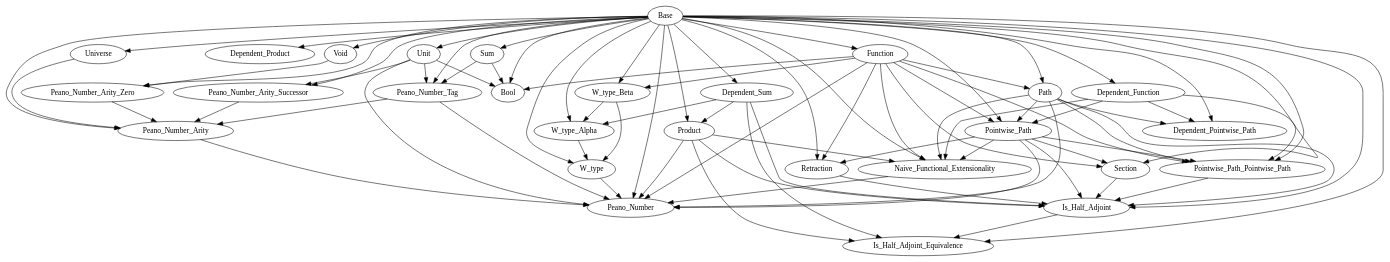
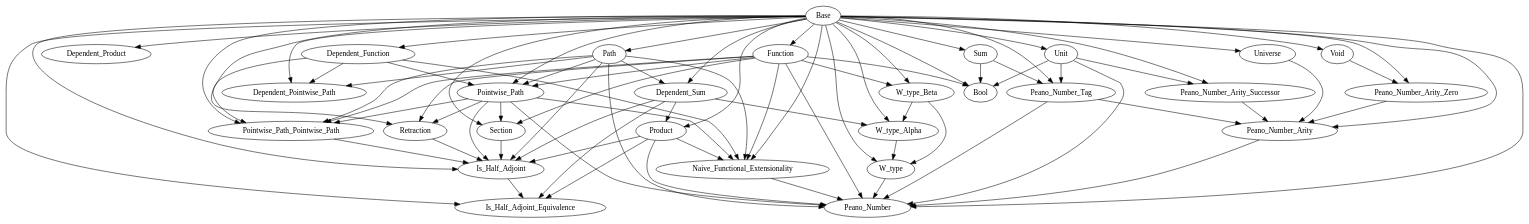
Before and after one commit to Hexirp/googology-in-coq: the diagram in libraries/dependencies.gv, drawn with Graphviz. The commit also changed 2 other files, not shown here.

Commit message:
Update: Path を基本に置く
matching の identity に Path 型が必要になるため。

```diff
--- a/libraries/dependencies.gv
+++ b/libraries/dependencies.gv
@@ -1,112 +1,112 @@
 digraph Dependencies {
   # Base
   # Dependent_Function
   "Base" -> "Dependent_Function";
   # Function
   "Base" -> "Function";
   # Dependent_Product
   "Base" -> "Dependent_Product";
+  # Path
+  "Base" -> "Path";
   # Dependent_Sum
   "Base" -> "Dependent_Sum";
+  "Path" -> "Dependent_Sum";
   # Product
   "Base" -> "Product";
   "Dependent_Sum" -> "Product";
   # Sum
   "Base" -> "Sum";
   # Unit
   "Base" -> "Unit";
   # Void
   "Base" -> "Void";
   # W_type_Beta
   "Base" -> "W_type_Beta";
   "Function" -> "W_type_Beta";
   # W_type_Alpha
   "Base" -> "W_type_Alpha";
   "Dependent_Sum" -> "W_type_Alpha";
   "W_type_Beta" -> "W_type_Alpha";
   # W_type
   "Base" -> "W_type";
   "W_type_Alpha" -> "W_type";
   "W_type_Beta" -> "W_type";
   # Universe
   "Base" -> "Universe";
-  # Path
-  "Base" -> "Path";
-  "Function" -> "Path";
   # Dependent_Pointwise_Path
   "Base" -> "Dependent_Pointwise_Path";
   "Dependent_Function" -> "Dependent_Pointwise_Path";
   "Path" -> "Dependent_Pointwise_Path";
   # Pointwise_Path
   "Base" -> "Pointwise_Path";
   "Dependent_Function" -> "Pointwise_Path";
   "Function" -> "Pointwise_Path";
   "Path" -> "Pointwise_Path";
   # Pointwise_Path_Pointwise_Path
   "Base" -> "Pointwise_Path_Pointwise_Path";
   "Dependent_Function" -> "Pointwise_Path_Pointwise_Path";
   "Function" -> "Pointwise_Path_Pointwise_Path";
   "Path" -> "Pointwise_Path_Pointwise_Path";
   "Pointwise_Path" -> "Pointwise_Path_Pointwise_Path";
   # Section
   "Base" -> "Section";
   "Function" -> "Section";
   "Pointwise_Path" -> "Section";
   # Retraction
   "Base" -> "Retraction";
   "Function" -> "Retraction";
   "Pointwise_Path" -> "Retraction";
   # Is_Half_Adjoint
   "Base" -> "Is_Half_Adjoint";
   "Dependent_Sum" -> "Is_Half_Adjoint";
   "Product" -> "Is_Half_Adjoint";
   "Path" -> "Is_Half_Adjoint";
   "Pointwise_Path" -> "Is_Half_Adjoint";
   "Pointwise_Path_Pointwise_Path" -> "Is_Half_Adjoint";
   "Section" -> "Is_Half_Adjoint";
   "Retraction" -> "Is_Half_Adjoint";
   # Is_Half_Adjoint_Equivalence
   "Base" -> "Is_Half_Adjoint_Equivalence";
   "Dependent_Sum" -> "Is_Half_Adjoint_Equivalence";
   "Product" -> "Is_Half_Adjoint_Equivalence";
   "Is_Half_Adjoint" -> "Is_Half_Adjoint_Equivalence";
   # Naive_Functional_Extensionality
   "Base" -> "Naive_Functional_Extensionality";
   "Dependent_Function" -> "Naive_Functional_Extensionality";
   "Function" -> "Naive_Functional_Extensionality";
   "Product" -> "Naive_Functional_Extensionality";
   "Path" -> "Naive_Functional_Extensionality";
   "Pointwise_Path" -> "Naive_Functional_Extensionality";
   # Bool
   "Base" -> "Bool";
   "Function" -> "Bool";
   "Sum" -> "Bool";
   "Unit" -> "Bool";
   # Peano_Number_Tag
   "Base" -> "Peano_Number_Tag";
   "Sum" -> "Peano_Number_Tag";
   "Unit" -> "Peano_Number_Tag";
   # Peano_Number_Arity_Zero
   "Base" -> "Peano_Number_Arity_Zero";
   "Void" -> "Peano_Number_Arity_Zero";
   # Peano_Number_Arity_Successor
   "Base" -> "Peano_Number_Arity_Successor";
   "Unit" -> "Peano_Number_Arity_Successor";
   # Peano_Number_Arity
   "Base" -> "Peano_Number_Arity";
   "Universe" -> "Peano_Number_Arity";
   "Peano_Number_Tag" -> "Peano_Number_Arity";
   "Peano_Number_Arity_Zero" -> "Peano_Number_Arity";
   "Peano_Number_Arity_Successor" -> "Peano_Number_Arity";
   # Peano_Number
   "Base" -> "Peano_Number";
   "Function" -> "Peano_Number";
   "Product" -> "Peano_Number";
   "Unit" -> "Peano_Number";
   "W_type" -> "Peano_Number";
   "Path" -> "Peano_Number";
   "Pointwise_Path" -> "Peano_Number";
   "Naive_Functional_Extensionality" -> "Peano_Number";
   "Peano_Number_Tag" -> "Peano_Number";
   "Peano_Number_Arity" -> "Peano_Number";
 }
```
